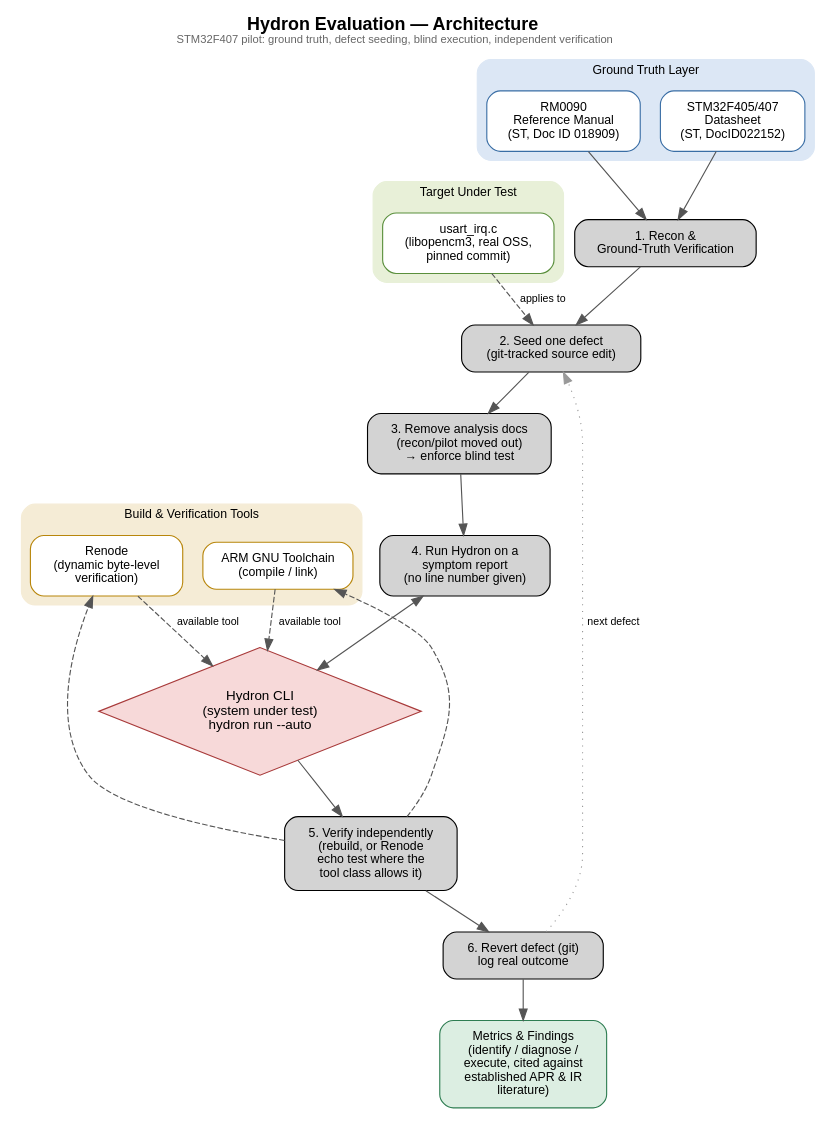
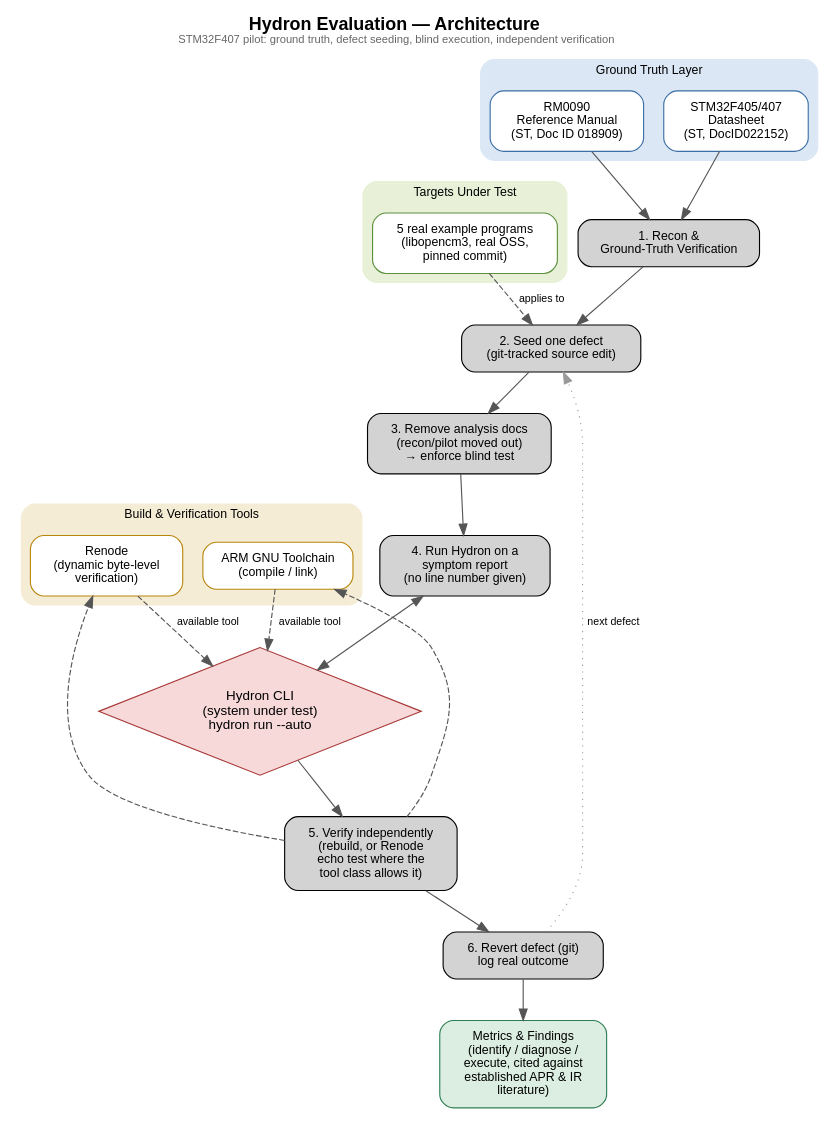
Before and after one commit to gowthamde24/hydron-evaluation: the diagram in stm32-pilot/pilot/diagrams/architecture.dot, drawn with Graphviz. The commit also changed 41 other files, not shown here.

First line of the commit message:
Expand campaign to 4 new firmware targets with automated blind-test harness

```diff
--- a/stm32-pilot/pilot/diagrams/architecture.dot
+++ b/stm32-pilot/pilot/diagrams/architecture.dot
@@ -1,56 +1,56 @@
 digraph HydronEvaluation {
     rankdir=TB;
     bgcolor="white";
     fontname="Helvetica";
     node [fontname="Helvetica", fontsize=11, shape=box, style="rounded,filled", margin="0.18,0.12"];
     edge [fontname="Helvetica", fontsize=9.5, color="#555555"];
 
     labelloc="t";
     label=<<FONT POINT-SIZE="16"><B>Hydron Evaluation — Architecture</B></FONT><BR/><FONT POINT-SIZE="10" COLOR="#666666">STM32F407 pilot: ground truth, defect seeding, blind execution, independent verification</FONT>>;
 
     subgraph cluster_truth {
         label="Ground Truth Layer";
         style="rounded,filled"; color="#dce7f5"; fontsize=11;
         RM0090 [label="RM0090\nReference Manual\n(ST, Doc ID 018909)", fillcolor="#ffffff", color="#3a6ea5"];
         Datasheet [label="STM32F405/407\nDatasheet\n(ST, DocID022152)", fillcolor="#ffffff", color="#3a6ea5"];
     }
 
     subgraph cluster_target {
-        label="Target Under Test";
+        label="Targets Under Test";
         style="rounded,filled"; color="#e8f0d8"; fontsize=11;
-        Firmware [label="usart_irq.c\n(libopencm3, real OSS,\npinned commit)", fillcolor="#ffffff", color="#5a8f3c"];
+        Firmware [label="5 real example programs\n(libopencm3, real OSS,\npinned commit)", fillcolor="#ffffff", color="#5a8f3c"];
     }
 
     subgraph cluster_tools {
         label="Build & Verification Tools";
         style="rounded,filled"; color="#f5ecd6"; fontsize=11;
         Toolchain [label="ARM GNU Toolchain\n(compile / link)", fillcolor="#ffffff", color="#b8860b"];
         Renode [label="Renode\n(dynamic byte-level\nverification)", fillcolor="#ffffff", color="#b8860b"];
     }
 
     Hydron [label="Hydron CLI\n(system under test)\nhydron run --auto", shape=diamond, style="filled", fillcolor="#f7d9d9", color="#a83a3a", fontsize=12];
 
     Recon [label="1. Recon &\nGround-Truth Verification"];
     Seed [label="2. Seed one defect\n(git-tracked source edit)"];
     Blind [label="3. Remove analysis docs\n(recon/pilot moved out)\n→ enforce blind test"];
     Run [label="4. Run Hydron on a\nsymptom report\n(no line number given)"];
     Verify [label="5. Verify independently\n(rebuild, or Renode\necho test where the\ntool class allows it)"];
     Revert [label="6. Revert defect (git)\nlog real outcome"];
     Metrics [label="Metrics & Findings\n(identify / diagnose /\nexecute, cited against\nestablished APR & IR\nliterature)", shape=box, style="rounded,filled", fillcolor="#dceee2", color="#2e7d52"];
 
     RM0090 -> Recon;
     Datasheet -> Recon;
     Recon -> Seed;
     Firmware -> Seed [style=dashed, label="applies to"];
     Seed -> Blind;
     Blind -> Run;
     Run -> Hydron [dir=both];
     Toolchain -> Hydron [style=dashed, label="available tool"];
     Renode -> Hydron [style=dashed, label="available tool"];
     Hydron -> Verify;
     Verify -> Toolchain [style=dashed];
     Verify -> Renode [style=dashed];
     Verify -> Revert;
     Revert -> Metrics;
     Revert -> Seed [style=dotted, color="#999999", label="next defect"];
 }
```
